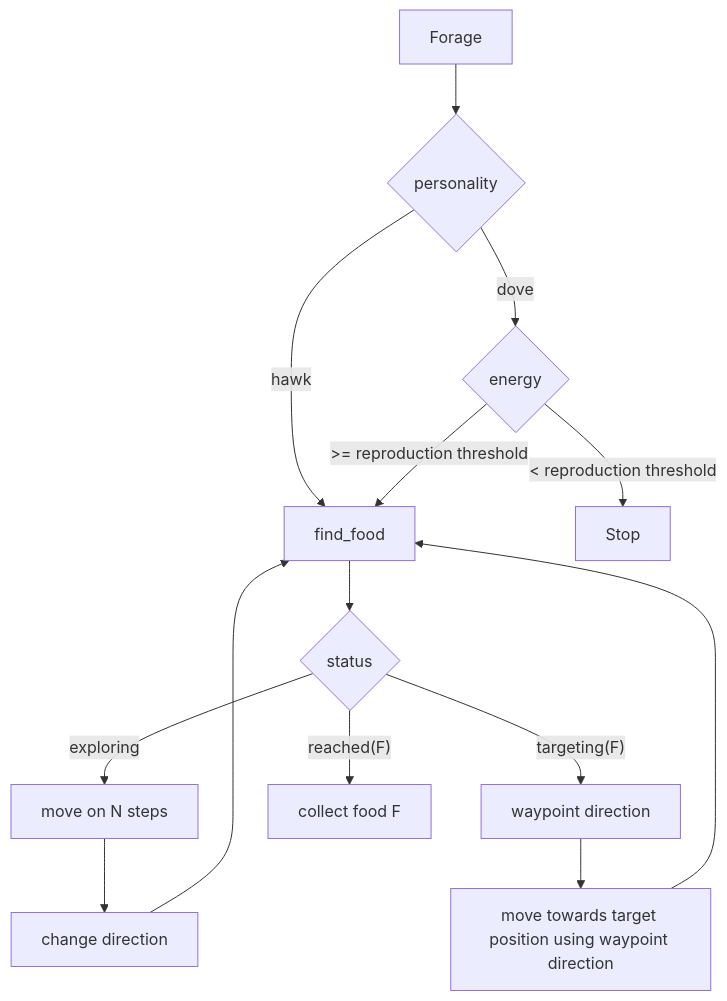
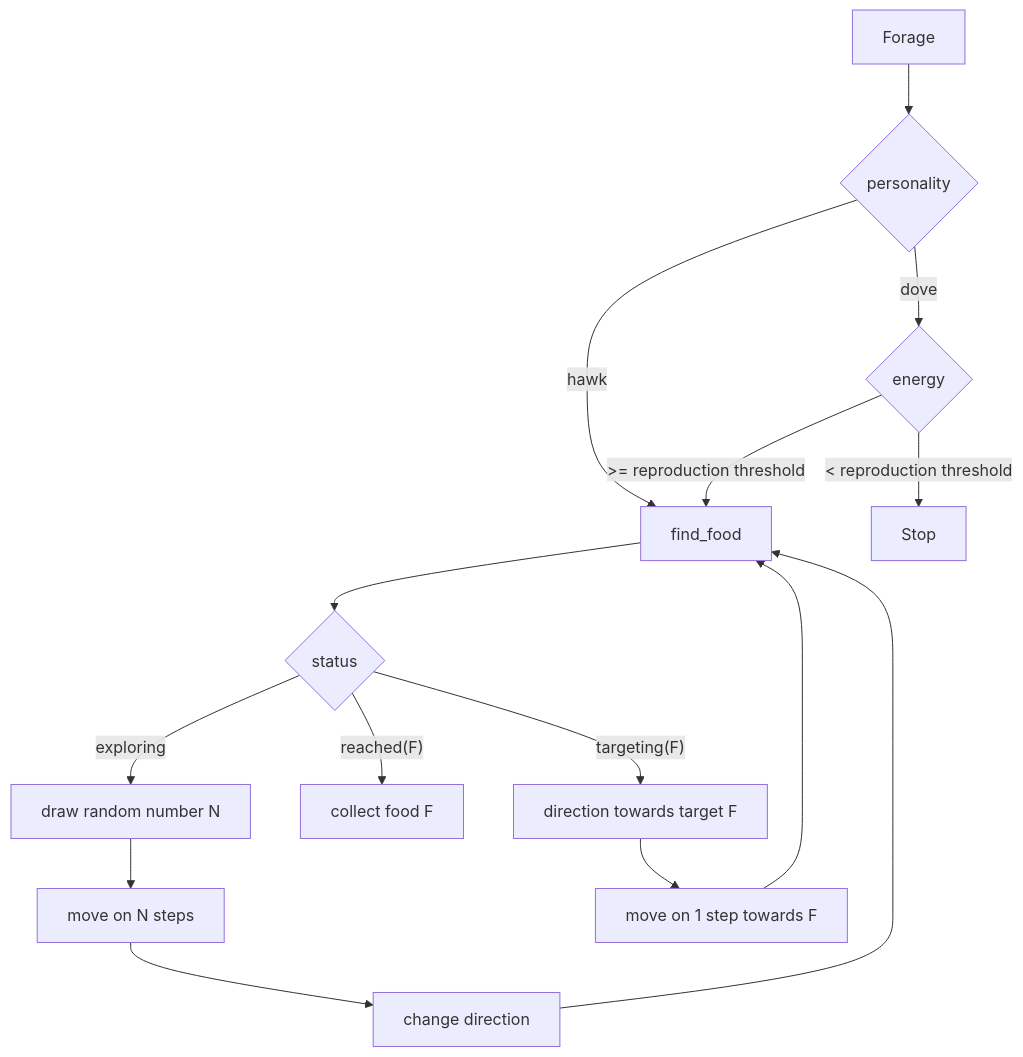
One commit to giovaz94/isee-project-2023-2024 changed the fourth of 4 diagrams in docs/report.md. Above: the diagram before and after it, drawn with Mermaid. The commit also changed other lines of this file and 10 other files, not shown here.

````diff
--- a/docs/report.md
+++ b/docs/report.md
@@ -298,23 +303,24 @@
 ```mermaid
 graph TD
     A["Forage"] --> Z{"personality"}
 
     Z -- "dove" --> B{"energy"}
 
     Z -- "hawk" --> C
 
     B -- ">= reproduction threshold" --> C["find_food"]
     C --> D{"status"}
 
-    D -- "exploring" --> E["move on N steps"]
-    E --> F["change direction"]
+    D -- "exploring" --> E0["draw random number N"]
+    E0 --> E1["move on N steps"]
+    E1 --> F["change direction"]
     F --> C
-
-    D -- "targeting(F)" --> G["waypoint direction"]
-    G --> H["move towards target position using waypoint direction"]
-    H --> C
 
     D -- "reached(F)" --> I["collect food F"]
 
+    D -- "targeting(F)" --> G["direction towards target F"]
+    G --> H["move on 1 step towards F"]
+    H --> C
+
     B -- "< reproduction threshold" --> J["Stop"]
 ```
````
